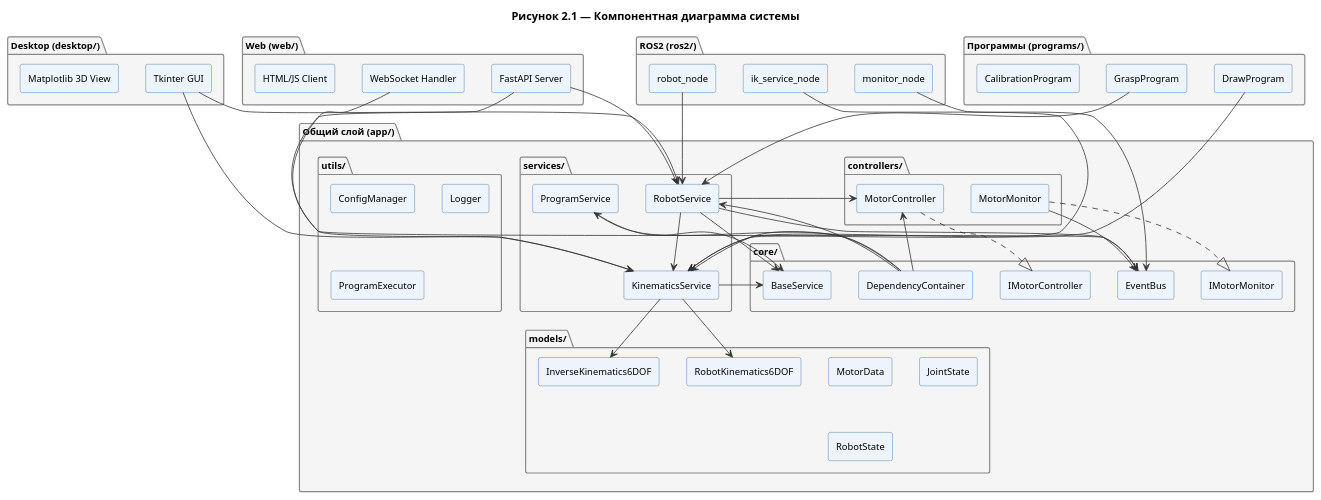
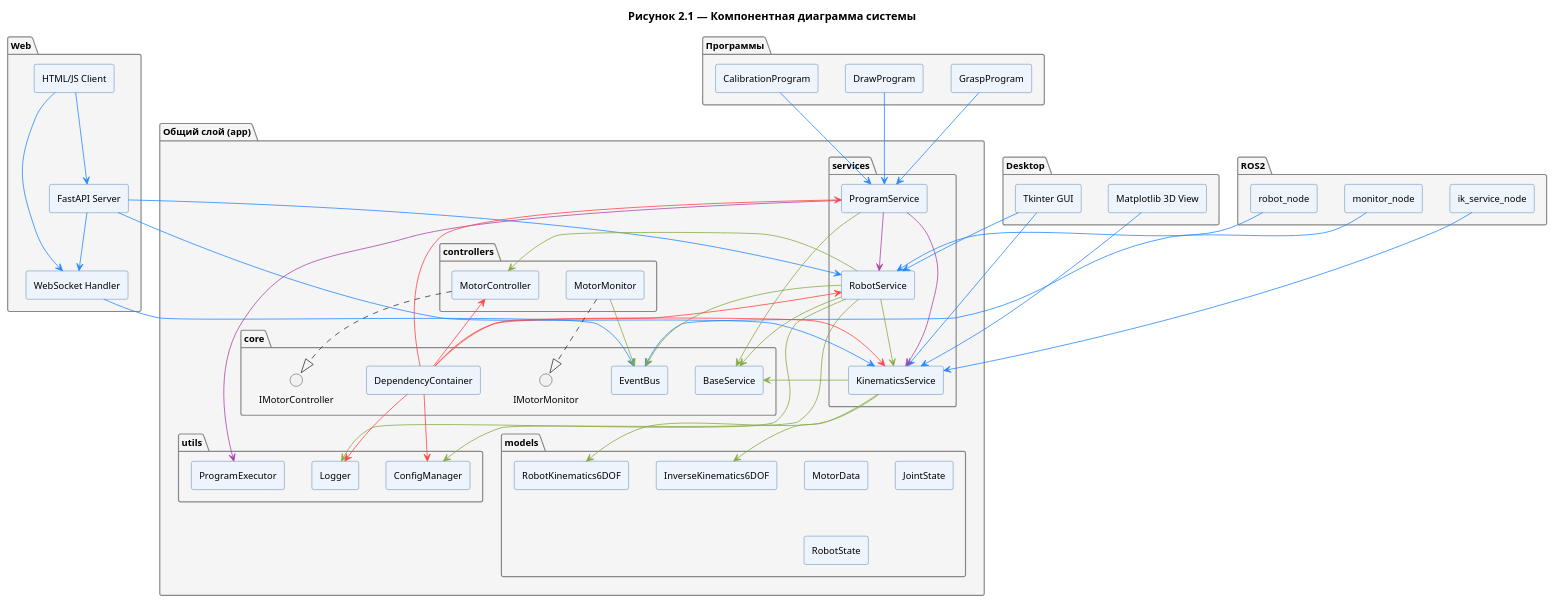
Before and after one commit to Alex5200/diplome: the diagram in docs/diagrams/fig2_1_component.puml, drawn with PlantUML. The commit also changed 9 other files, not shown here.

Commit message:
add parcer architecture

```diff
--- a/docs/diagrams/fig2_1_component.puml
+++ b/docs/diagrams/fig2_1_component.puml
@@ -1,104 +1,134 @@
-@startuml fig2_1_component
+@startuml
 ' Рисунок 2.1 — Компонентная диаграмма системы (UML)
+' Цвета связей:
+' Синий - внешние клиенты → сервисы
+' Зелёный - внутренние зависимости
+' Оранжевый - реализация интерфейсов
+' Фиолетовый - особые внутренние связи (ProgramService)
+' Красный - внедрение зависимостей (DependencyContainer)
+
 skinparam componentStyle rectangle
 skinparam defaultFontName Arial
 skinparam defaultFontSize 12
 skinparam backgroundColor #FFFFFF
 skinparam ArrowColor #333333
 
 skinparam component {
   BackgroundColor #EEF4FB
   BorderColor #336699
   FontColor #000000
 }
 skinparam package {
   BackgroundColor #F5F5F5
   BorderColor #888888
 }
 
 title Рисунок 2.1 — Компонентная диаграмма системы
 
-package "Общий слой (app/)" {
-  package "core/" {
-    [DependencyContainer]
-    [EventBus]
-    [BaseService]
-    [IMotorController]
-    [IMotorMonitor]
+package "Общий слой (app)" {
+  package "core" {
+    component DependencyContainer
+    component EventBus
+    component BaseService
+    interface IMotorController
+    interface IMotorMonitor
   }
-  package "models/" {
-    [RobotKinematics6DOF]
-    [InverseKinematics6DOF]
-    [MotorData]
-    [JointState]
-    [RobotState]
+  package "models" {
+    component RobotKinematics6DOF
+    component InverseKinematics6DOF
+    component MotorData
+    component JointState
+    component RobotState
   }
-  package "controllers/" {
-    [MotorController]
-    [MotorMonitor]
+  package "controllers" {
+    component MotorController
+    component MotorMonitor
   }
-  package "services/" {
-    [RobotService]
-    [KinematicsService]
-    [ProgramService]
+  package "services" {
+    component RobotService
+    component KinematicsService
+    component ProgramService
   }
-  package "utils/" {
-    [ConfigManager]
-    [Logger]
-    [ProgramExecutor]
+  package "utils" {
+    component ConfigManager
+    component Logger
+    component ProgramExecutor
   }
 }
 
-package "Desktop (desktop/)" {
-  [Tkinter GUI]
-  [Matplotlib 3D View]
+package "Desktop" {
+  component "Tkinter GUI" as TkGUI
+  component "Matplotlib 3D View" as MatplotView
 }
 
-package "Web (web/)" {
-  [FastAPI Server]
-  [WebSocket Handler]
-  [HTML/JS Client]
+package "Web" {
+  component "FastAPI Server" as FastAPI
+  component "WebSocket Handler" as WSHandler
+  component "HTML/JS Client" as WebClient
 }
 
-package "ROS2 (ros2/)" {
-  [robot_node]
-  [monitor_node]
-  [ik_service_node]
+package "ROS2" {
+  component robot_node
+  component monitor_node
+  component ik_service_node
 }
 
-package "Программы (programs/)" {
-  [GraspProgram]
-  [DrawProgram]
-  [CalibrationProgram]
+package "Программы" {
+  component GraspProgram
+  component DrawProgram
+  component CalibrationProgram
 }
 
-' Клиентские слои → общий слой
-[Tkinter GUI] --> [RobotService]
-[Tkinter GUI] --> [KinematicsService]
-[FastAPI Server] --> [RobotService]
-[FastAPI Server] --> [KinematicsService]
-[WebSocket Handler] --> [EventBus]
-[robot_node] --> [RobotService]
-[monitor_node] --> [EventBus]
-[ik_service_node] --> [KinematicsService]
-[GraspProgram] --> [RobotService]
-[DrawProgram] --> [KinematicsService]
+' === Синие связи: внешние клиенты → общий слой ===
+TkGUI -[#2288FF]-> RobotService
+TkGUI -[#2288FF]-> KinematicsService
+MatplotView -[#2288FF]-> KinematicsService
 
-' Внутри общего слоя
-[RobotService] --> [MotorController]
-[RobotService] --> [KinematicsService]
-[RobotService] --> [EventBus]
-[MotorMonitor] --> [EventBus]
-[MotorController] ..|> [IMotorController]
-[MotorMonitor] ..|> [IMotorMonitor]
-[RobotService] --> [BaseService]
-[KinematicsService] --> [BaseService]
-[ProgramService] --> [BaseService]
-[DependencyContainer] --> [RobotService]
-[DependencyContainer] --> [KinematicsService]
-[DependencyContainer] --> [ProgramService]
-[DependencyContainer] --> [MotorController]
-[KinematicsService] --> [RobotKinematics6DOF]
-[KinematicsService] --> [InverseKinematics6DOF]
+FastAPI -[#2288FF]-> RobotService
+FastAPI -[#2288FF]-> KinematicsService
+FastAPI -[#2288FF]-> WSHandler
+WSHandler -[#2288FF]-> EventBus
+WebClient -[#2288FF]-> FastAPI
+WebClient -[#2288FF]-> WSHandler
 
+robot_node -[#2288FF]-> RobotService
+monitor_node -[#2288FF]-> EventBus
+ik_service_node -[#2288FF]-> KinematicsService
+
+GraspProgram -[#2288FF]-> ProgramService
+DrawProgram -[#2288FF]-> ProgramService
+CalibrationProgram -[#2288FF]-> ProgramService
+
+' === Зелёные связи: внутренние зависимости ===
+RobotService -[#88AA44]-> MotorController
+RobotService -[#88AA44]-> KinematicsService
+RobotService -[#88AA44]-> EventBus
+RobotService -[#88AA44]-> ConfigManager
+RobotService -[#88AA44]-> Logger
+
+MotorMonitor -[#88AA44]-> EventBus
+
+RobotService -[#88AA44]-> BaseService
+KinematicsService -[#88AA44]-> BaseService
+ProgramService -[#88AA44]-> BaseService
+
+KinematicsService -[#88AA44]-> RobotKinematics6DOF
+KinematicsService -[#88AA44]-> InverseKinematics6DOF
+
+' === Фиолетовые связи: ProgramService с сервисами ===
+ProgramService -[#AA44AA]-> ProgramExecutor
+ProgramService -[#AA44AA]-> RobotService
+ProgramService -[#AA44AA]-> KinematicsService
+
+' === Красные связи: DependencyContainer (внедрение) ===
+DependencyContainer -[#FF4444]-> RobotService
+DependencyContainer -[#FF4444]-> KinematicsService
+DependencyContainer -[#FF4444]-> ProgramService
+DependencyContainer -[#FF4444]-> MotorController
+DependencyContainer -[#FF4444]-> ConfigManager
+DependencyContainer -[#FF4444]-> Logger
+
+' === Оранжевые связи: реализация интерфейсов ===
+MotorController ..|> IMotorController
+MotorMonitor ..|> IMotorMonitor
 @enduml
```
